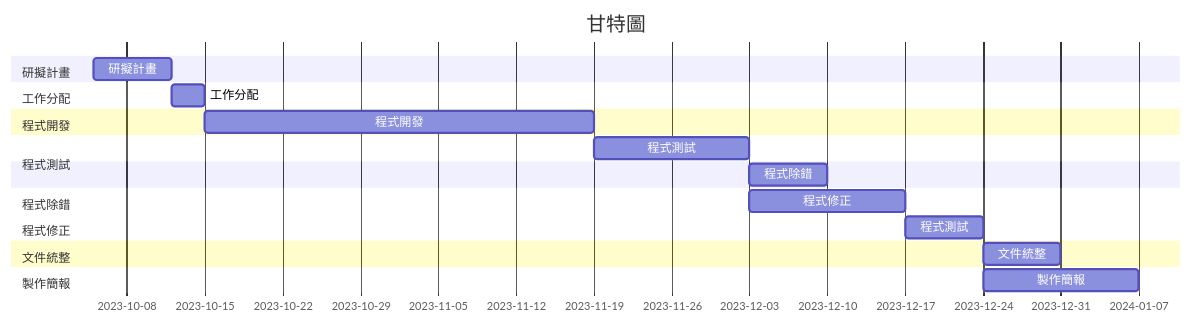
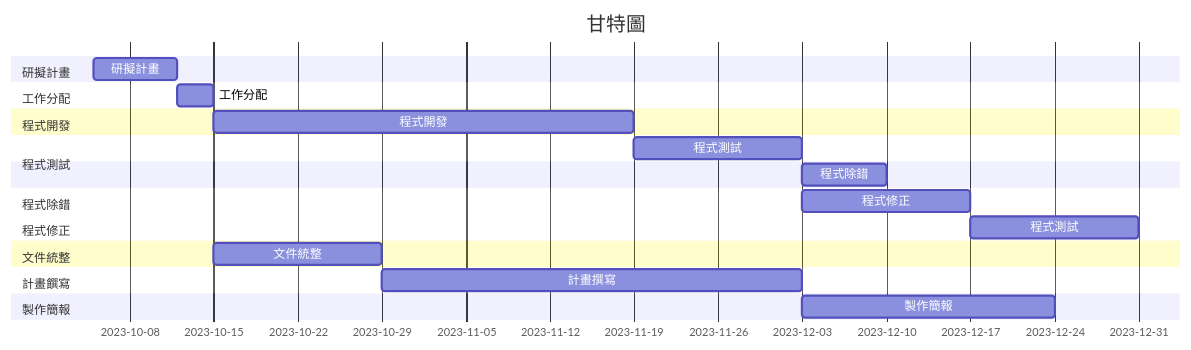
The diagram in README.md (yyyyyk888/ouo), drawn with Mermaid before and after one commit.

````diff
--- a/README.md
+++ b/README.md
@@ -27,23 +27,25 @@
 ```mermaid
 gantt
     title 甘特圖
 
     section 研擬計畫
     研擬計畫      :a1, 2023-10-05, 7d
     section 工作分配
     工作分配      :a2,after a1  , 3d
     section 程式開發
     程式開發      :a3,after a2  , 35d
     section 程式測試
     程式測試      :a4,after a3  , 14d
     section 程式除錯
     程式除錯      :a5,after a4  , 7d
     section 程式測試
     程式修正      :a6,after a4  , 14d
     section 程式修正
-    程式測試      :a7,after a6  , 7d
+    程式測試      :a7,after a6  , 14d
     section 文件統整
-    文件統整      :a8,after a7  , 7d
+    文件統整      :a8,after a2  , 14d
+    section 計畫饌寫
+    計畫撰寫      :a9,after a8 , 35d
     section 製作簡報
-    製作簡報      :a10,after a7 , 14d
+    製作簡報      :a10,after a9 , 21d
 ```
````
